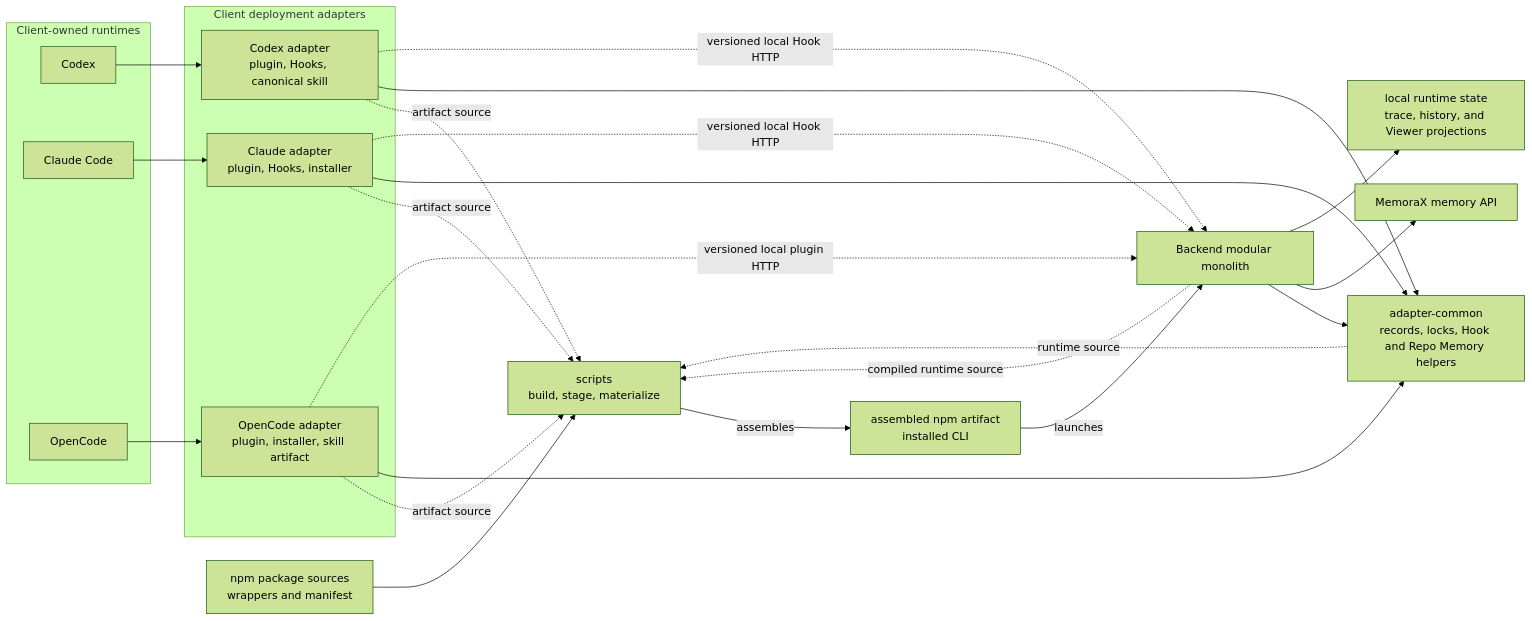
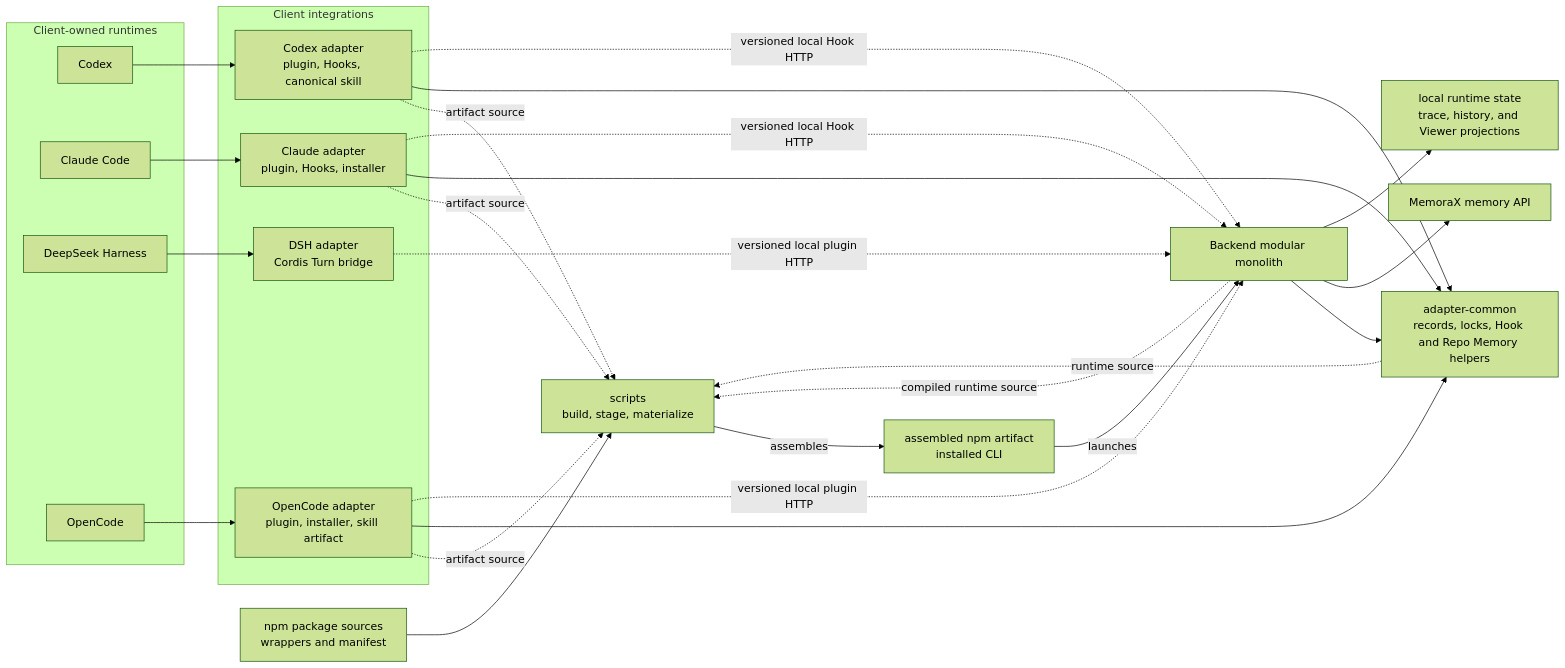
The first of 6 diagrams in ARCHITECTURE.md (LimFang/memorax-code), drawn with Mermaid (forest theme) before and after one commit. The commit also changed other lines of this file and 22 other files, not shown here.

Commit message:
feat:(dsh) add native turn bridge

````diff
--- a/ARCHITECTURE.md
+++ b/ARCHITECTURE.md
@@ -39,46 +44,50 @@
 ```mermaid
 flowchart LR
   subgraph Clients["Client-owned runtimes"]
     Codex["Codex"]
     Claude["Claude Code"]
+    DSH["DeepSeek Harness"]
     OpenCode["OpenCode"]
   end
 
-  subgraph Adapters["Client deployment adapters"]
+  subgraph Adapters["Client integrations"]
     CodexAdapter["Codex adapter<br/>plugin, Hooks, canonical skill"]
     ClaudeAdapter["Claude adapter<br/>plugin, Hooks, installer"]
+    DshAdapter["DSH adapter<br/>Cordis Turn bridge"]
     OpenCodeAdapter["OpenCode adapter<br/>plugin, installer, skill artifact"]
   end
 
   Common["adapter-common<br/>records, locks, Hook and Repo Memory helpers"]
   Backend["Backend modular monolith"]
   Npm["npm package sources<br/>wrappers and manifest"]
   Build["scripts<br/>build, stage, materialize"]
   Artifact["assembled npm artifact<br/>installed CLI"]
   MemoraX["MemoraX memory API"]
   Local["local runtime state<br/>trace, history, and Viewer projections"]
 
   Npm --> Build
   Backend -. "compiled runtime source" .-> Build
   Common -. "runtime source" .-> Build
   CodexAdapter -. "artifact source" .-> Build
   ClaudeAdapter -. "artifact source" .-> Build
   OpenCodeAdapter -. "artifact source" .-> Build
   Build -->|"assembles"| Artifact
   Artifact -->|"launches"| Backend
 
   Backend --> Common
   CodexAdapter --> Common
   ClaudeAdapter --> Common
   OpenCodeAdapter --> Common
 
   Codex --> CodexAdapter
   Claude --> ClaudeAdapter
+  DSH --> DshAdapter
   OpenCode --> OpenCodeAdapter
   CodexAdapter -. "versioned local Hook HTTP" .-> Backend
   ClaudeAdapter -. "versioned local Hook HTTP" .-> Backend
+  DshAdapter -. "versioned local plugin HTTP" .-> Backend
   OpenCodeAdapter -. "versioned local plugin HTTP" .-> Backend
 
   Backend --> MemoraX
   Backend --> Local
 ```
````
